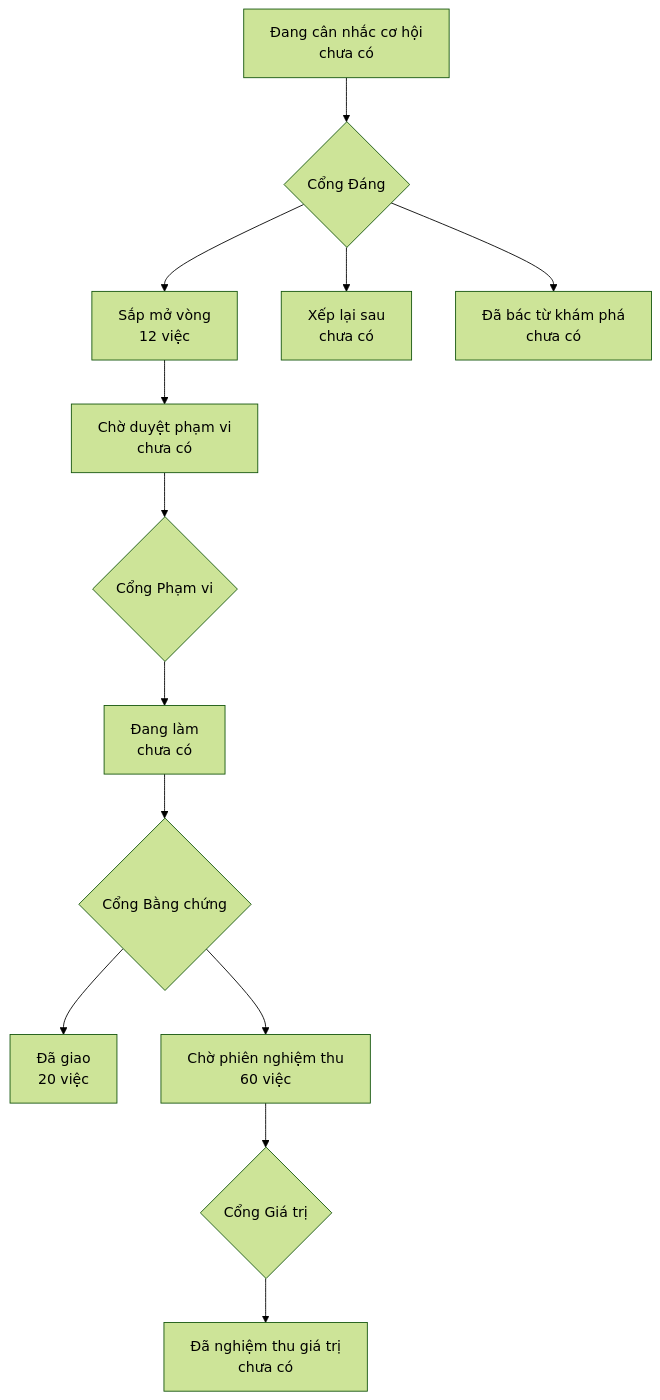
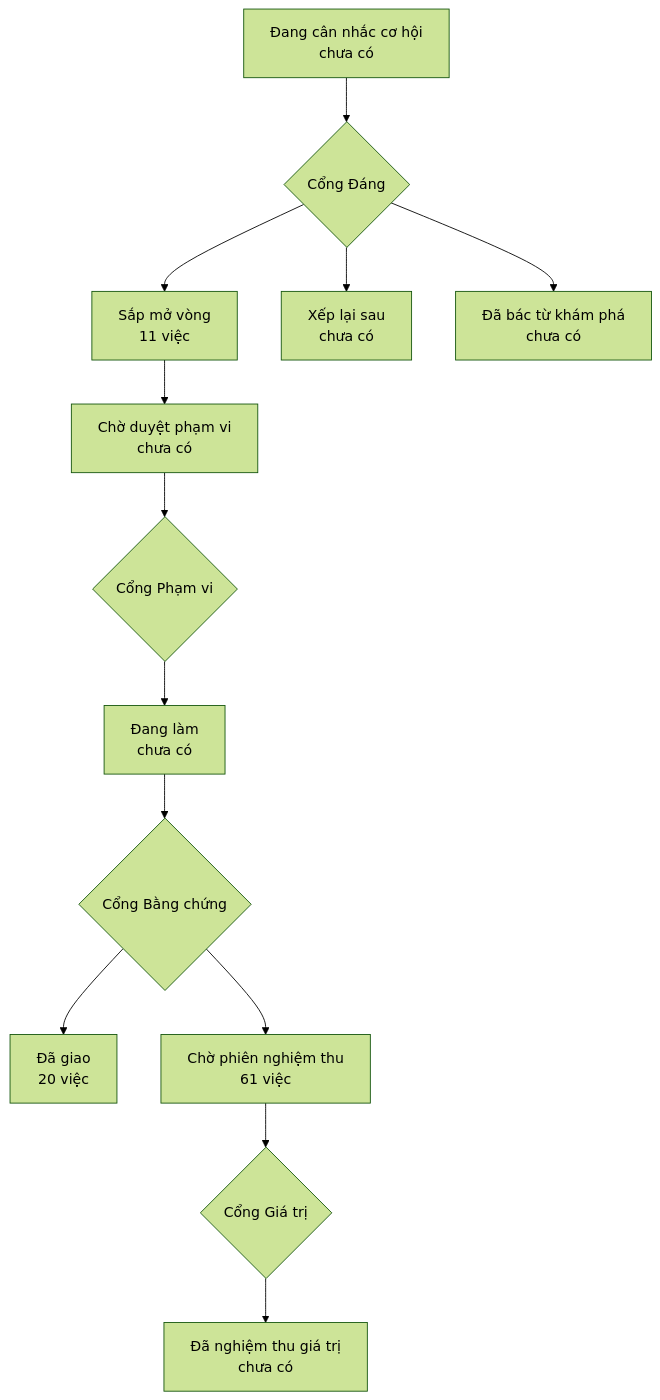
One commit to phanlemanh/onehub-quy-hang changed the diagram in PRODUCT-MAP.md. Above: the diagram before and after it, drawn with Mermaid (forest theme). The commit also changed 1 other file, not shown here.

Commit message:
chore: vẽ lại bản đồ sau gộp main

````diff
--- a/PRODUCT-MAP.md
+++ b/PRODUCT-MAP.md
@@ -7,12 +7,12 @@
 ```mermaid
 flowchart TD
   A["Đang cân nhắc cơ hội<br/>chưa có"] --> GD{"Cổng Đáng"}
-  GD --> B["Sắp mở vòng<br/>12 việc"]
+  GD --> B["Sắp mở vòng<br/>11 việc"]
   GD --> XL["Xếp lại sau<br/>chưa có"]
   GD --> DB["Đã bác từ khám phá<br/>chưa có"]
   B --> CD["Chờ duyệt phạm vi<br/>chưa có"] --> GP{"Cổng Phạm vi"}
   GP --> DL["Đang làm<br/>chưa có"] --> GB{"Cổng Bằng chứng"}
   GB --> DG["Đã giao<br/>20 việc"]
-  GB --> CN["Chờ phiên nghiệm thu<br/>60 việc"] --> GG{"Cổng Giá trị"}
+  GB --> CN["Chờ phiên nghiệm thu<br/>61 việc"] --> GG{"Cổng Giá trị"}
   GG --> NT["Đã nghiệm thu giá trị<br/>chưa có"]
 ```
````
